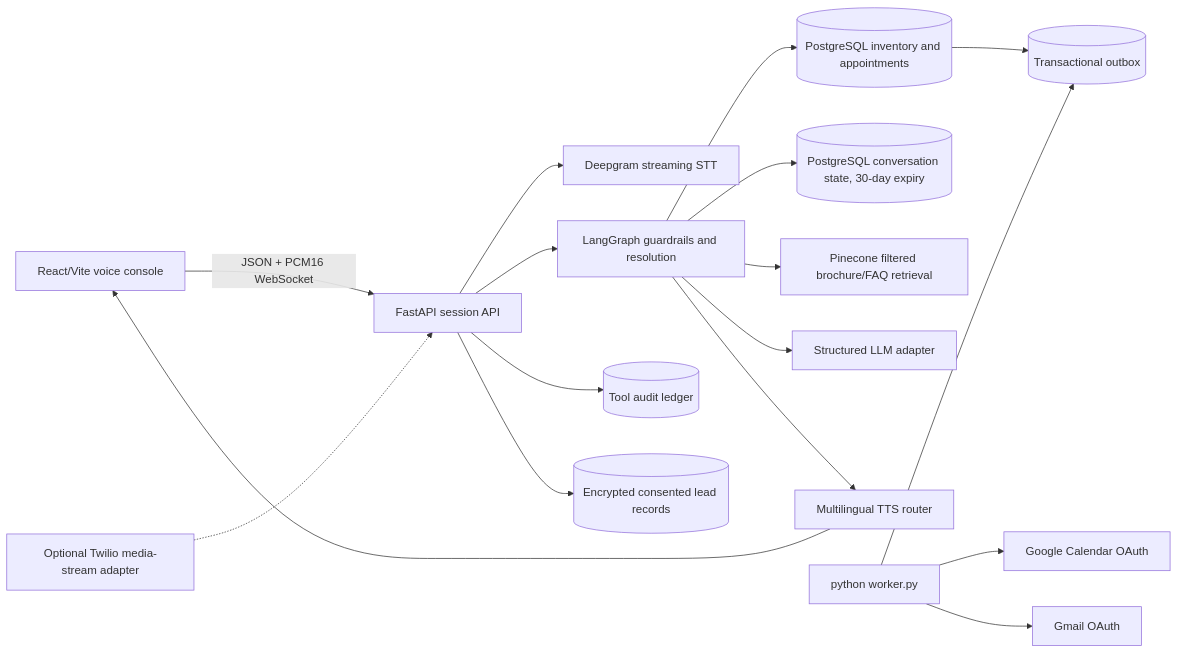
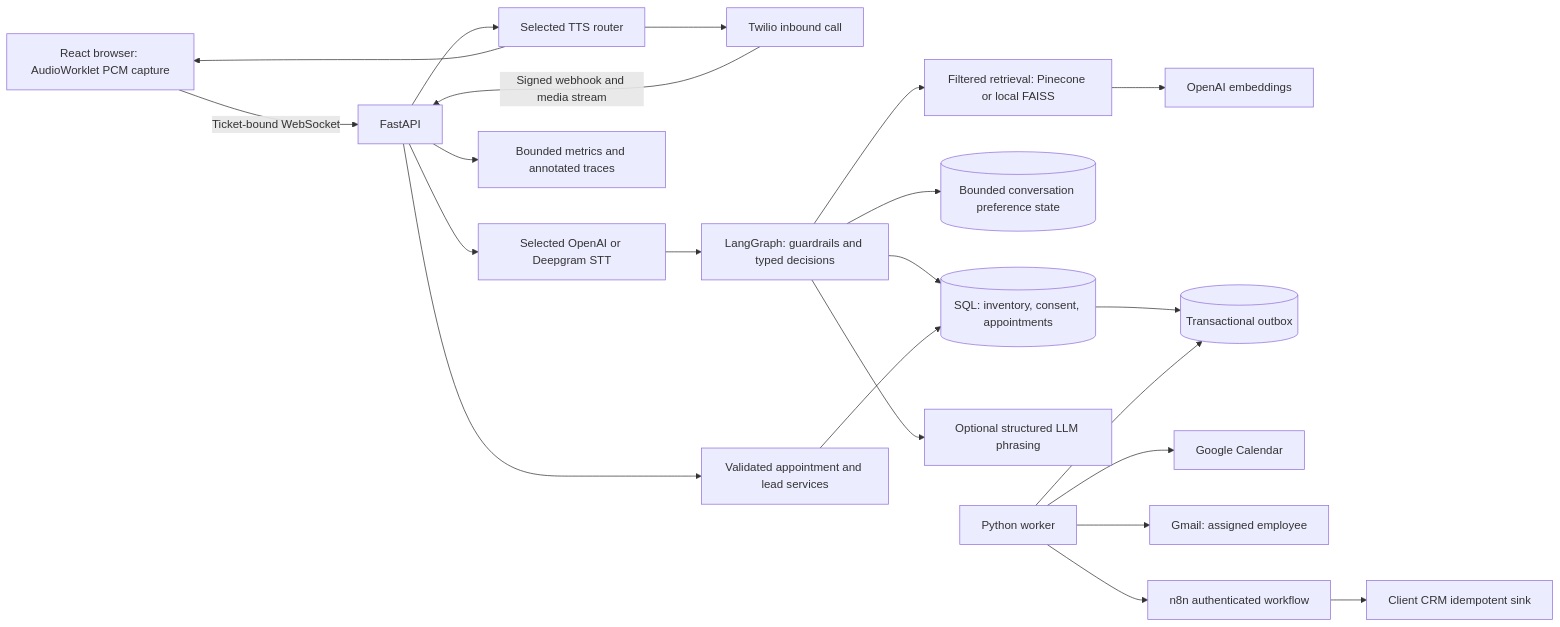
Before and after one commit to armishiqbal/AI-voice-agent: the first of 2 diagrams in docs/ARCHITECTURE.md, drawn with Mermaid. The commit also changed other lines of this file and 136 other files, not shown here.

````diff
--- a/docs/ARCHITECTURE.md
+++ b/docs/ARCHITECTURE.md
@@ -5,19 +5,24 @@
 ```mermaid
 flowchart LR
-  UI[React/Vite voice console] -->|JSON + PCM16 WebSocket| API[FastAPI session API]
-  PHONE[Optional Twilio media-stream adapter] -.-> API
-  API --> STT[Deepgram streaming STT]
-  API --> GRAPH[LangGraph guardrails and resolution]
-  GRAPH --> SQL[(PostgreSQL inventory and appointments)]
-  GRAPH --> STATE[(PostgreSQL conversation state, 30-day expiry)]
-  GRAPH --> RAG[Pinecone filtered brochure/FAQ retrieval]
-  GRAPH --> LLM[Structured LLM adapter]
-  GRAPH --> TTS[Multilingual TTS router]
-  TTS --> UI
-  SQL --> OUTBOX[(Transactional outbox)]
-  WORKER[python worker.py] --> OUTBOX
-  WORKER --> CAL[Google Calendar OAuth]
-  WORKER --> MAIL[Gmail OAuth]
-  API --> AUDIT[(Tool audit ledger)]
-  API --> LEAD[(Encrypted consented lead records)]
+  B[React browser: AudioWorklet PCM capture] -->|Ticket-bound WebSocket| API[FastAPI]
+  P[Twilio inbound call] -->|Signed webhook and media stream| API
+  API --> STT[Selected OpenAI or Deepgram STT]
+  STT --> G[LangGraph: guardrails and typed decisions]
+  G --> SQL[(SQL: inventory, consent, appointments)]
+  G --> MEM[(Bounded conversation preference state)]
+  G --> RAG[Filtered retrieval: Pinecone or local FAISS]
+  RAG --> EMB[OpenAI embeddings]
+  G --> LLM[Optional structured LLM phrasing]
+  API --> TTS[Selected TTS router]
+  TTS --> B
+  TTS --> P
+  API --> SVC[Validated appointment and lead services]
+  SVC --> SQL
+  SQL --> O[(Transactional outbox)]
+  W[Python worker] --> O
+  W --> CAL[Google Calendar]
+  W --> MAIL[Gmail: assigned employee]
+  W --> N[n8n authenticated workflow]
+  N --> CRM[Client CRM idempotent sink]
+  API --> OBS[Bounded metrics and annotated traces]
 ```
````
